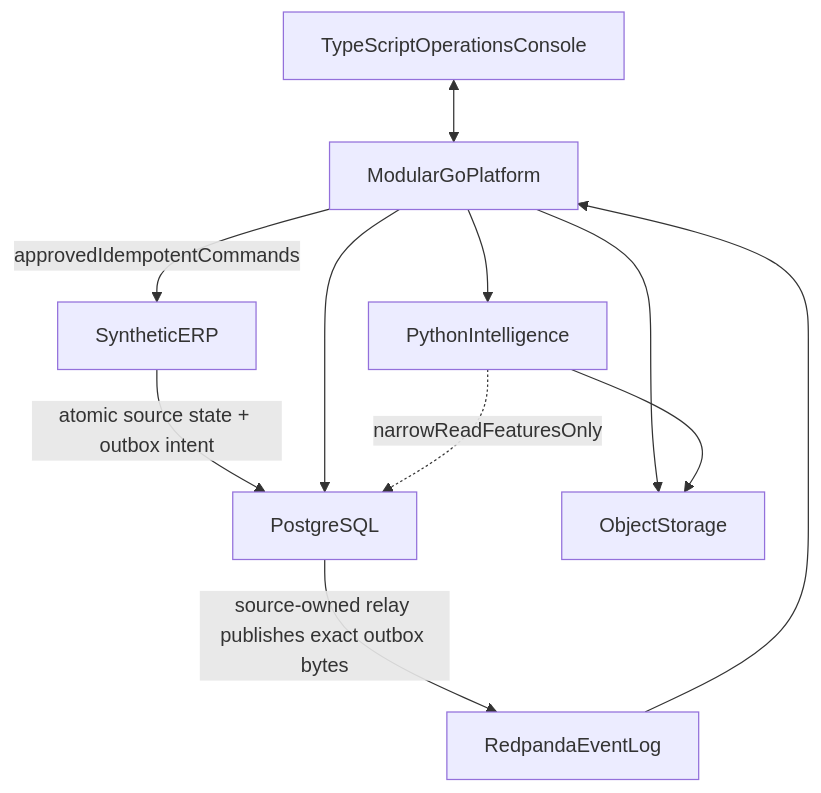
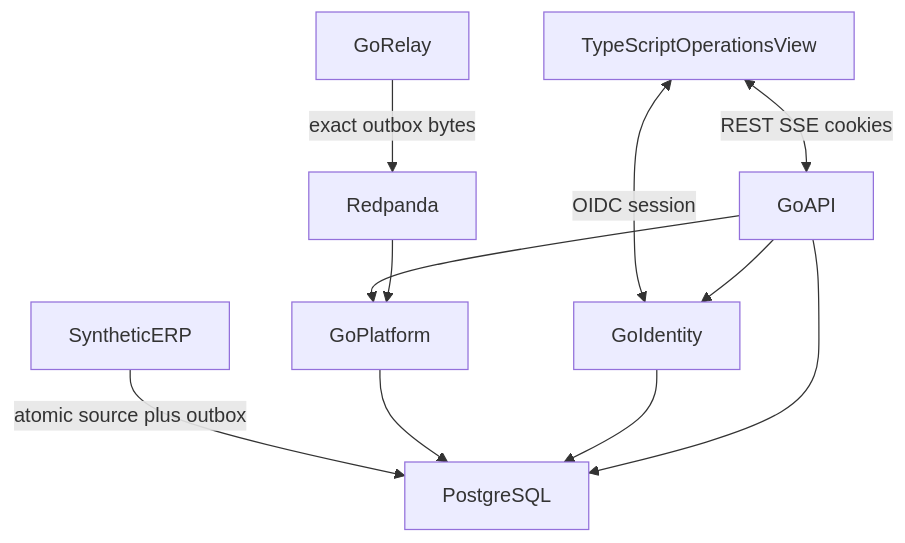
One commit to G1DO/seshatops changed the diagram in ARCHITECTURE.md. Above: the diagram before and after it, drawn with Mermaid. The commit also changed other lines of this file and 70 other files, not shown here.

````diff
--- a/ARCHITECTURE.md
+++ b/ARCHITECTURE.md
@@ -45,20 +38,21 @@
 ```mermaid
 flowchart TB
-  UI[TypeScriptOperationsConsole]
-  GO[ModularGoPlatform]
-  PY[PythonIntelligence]
+  UI[TypeScriptOperationsView]
+  ID[GoIdentity]
+  API[GoAPI]
+  PL[GoPlatform]
+  REL[GoRelay]
   ERP[SyntheticERP]
-  BUS[RedpandaEventLog]
+  BUS[Redpanda]
   PG[PostgreSQL]
-  OBJ[ObjectStorage]
-  UI <--> GO
-  ERP -->|atomic source state + outbox intent| PG
-  PG -->|source-owned relay publishes exact outbox bytes| BUS
-  BUS --> GO
-  GO --> PY
-  GO --> PG
-  PY -.->|narrowReadFeaturesOnly| PG
-  GO --> OBJ
-  PY --> OBJ
-  GO -->|approvedIdempotentCommands| ERP
+  UI <-->|"REST SSE cookies"| API
+  UI <-->|"OIDC session"| ID
+  API --> ID
+  API --> PL
+  ERP -->|atomic source plus outbox| PG
+  REL -->|exact outbox bytes| BUS
+  BUS --> PL
+  PL --> PG
+  ID --> PG
+  API --> PG
 ```
````
